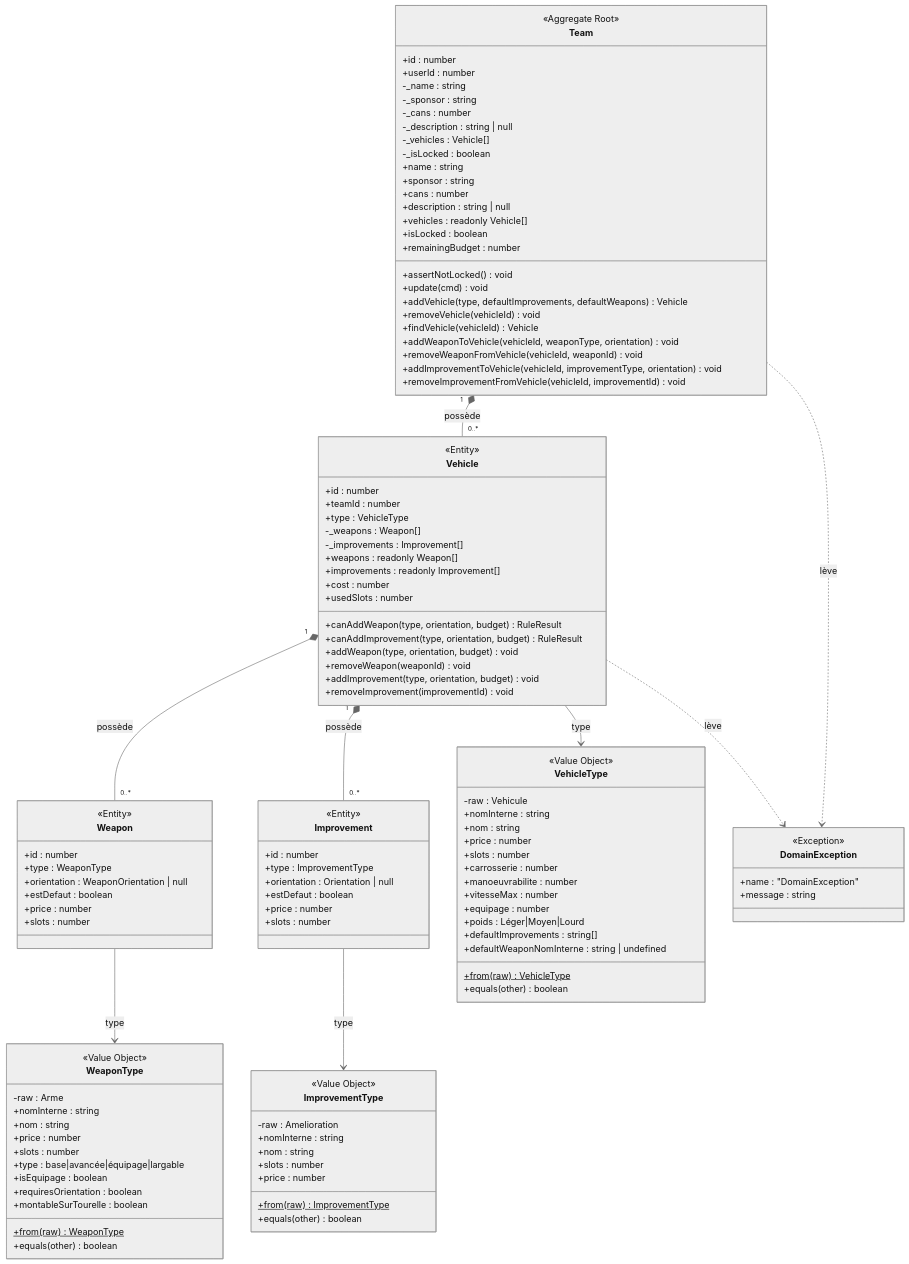
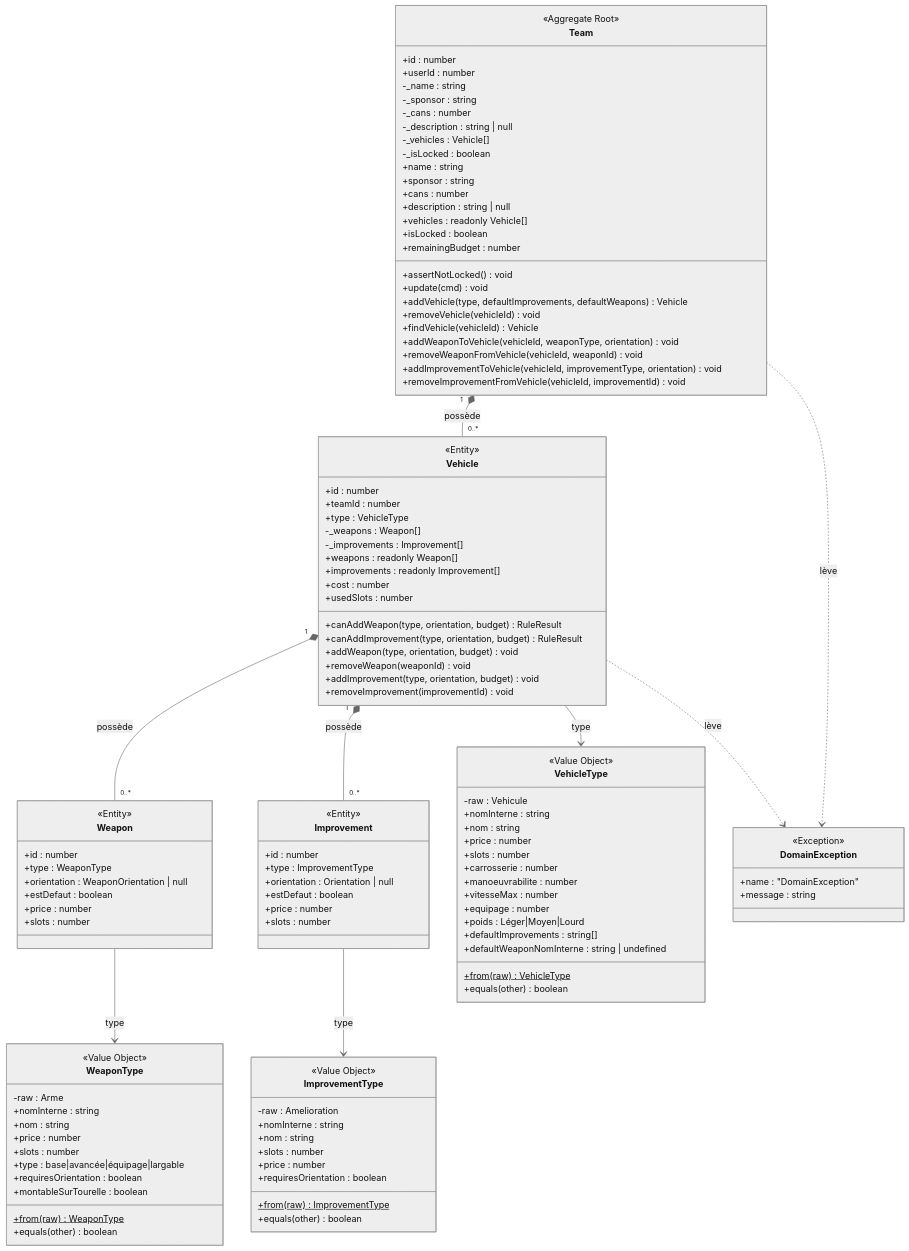
The first of 4 diagrams in docs/DOMAIN_MODEL.md (arnaudbracchetti/gaslands-manager), drawn with Mermaid (neutral theme) before and after one commit. The commit also changed other lines of this file and 35 other files, not shown here.

```diff
--- a/docs/DOMAIN_MODEL.md
+++ b/docs/DOMAIN_MODEL.md
@@ -111,7 +111,6 @@
         +price : number
         +slots : number
         +type : base|avancée|équipage|largable
-        +isEquipage : boolean
         +requiresOrientation : boolean
         +montableSurTourelle : boolean
         +from(raw)$ WeaponType
@@ -125,6 +124,7 @@
         +nom : string
         +slots : number
         +price : number
+        +requiresOrientation : boolean
         +from(raw)$ ImprovementType
         +equals(other) boolean
     }
```
